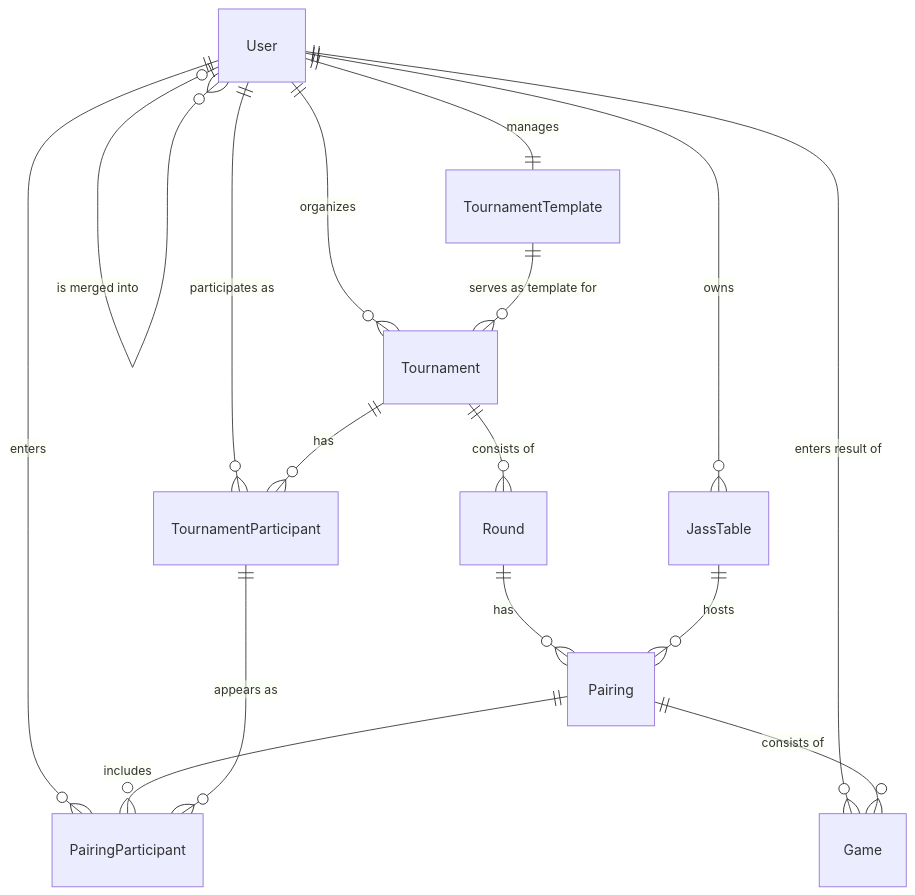
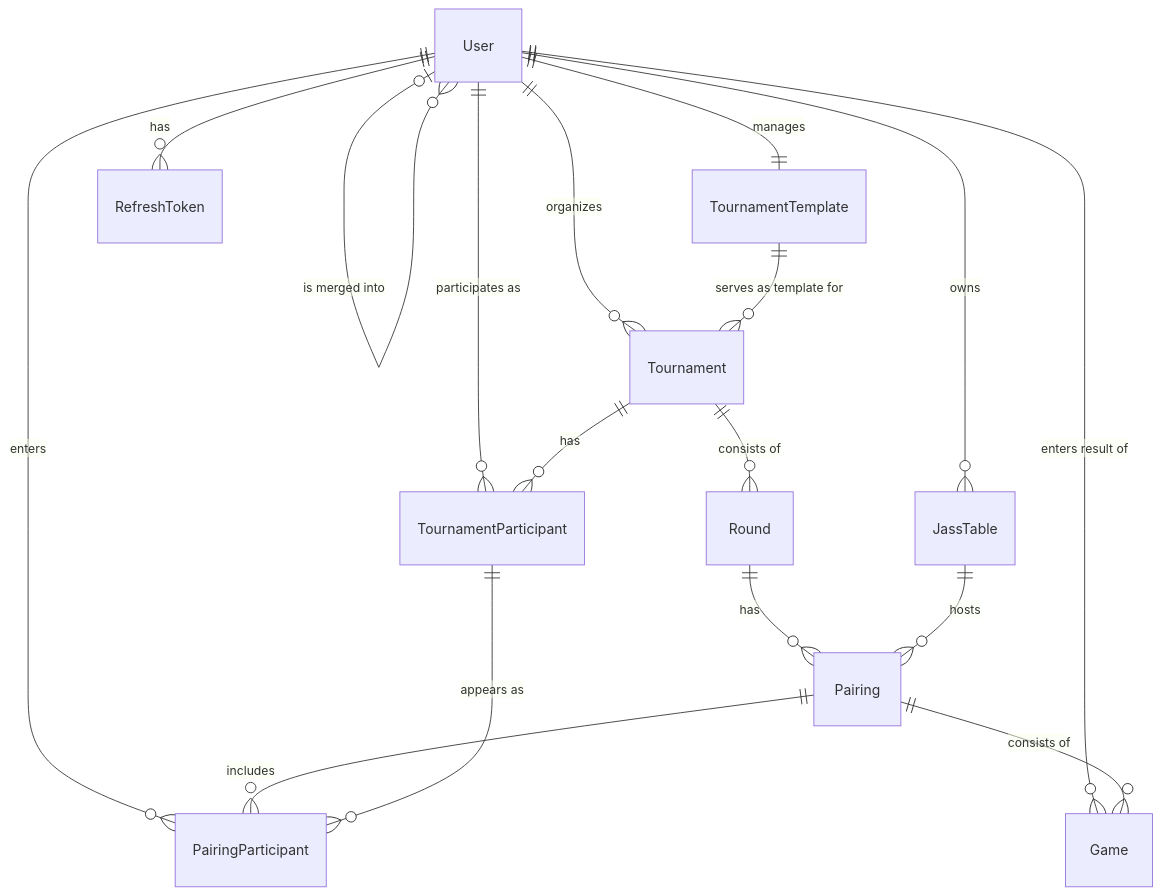
Before and after one commit to manuweber93/jass-tournament-manager: the diagram in docs/database-schema.md, drawn with Mermaid. The commit also changed other lines of this file and 23 other files, not shown here.

First line of the commit message:
feat: Add Refresh Token functionality with migration and tests

````diff
--- a/docs/database-schema.md
+++ b/docs/database-schema.md
@@ -6,25 +6,26 @@
 ```mermaid
 erDiagram
     User ||--o{ Tournament : "organizes"
     User ||--|| TournamentTemplate : "manages"
     User ||--o{ TournamentParticipant : "participates as"
     User ||--o{ JassTable : "owns"
     User o|--o{ User : "is merged into"
     User ||--o{ PairingParticipant : "enters"
     User ||--o{ Game : "enters result of"
+    User ||--o{ RefreshToken : "has"
 
     TournamentTemplate ||--o{ Tournament : "serves as template for"
 
     Tournament ||--o{ TournamentParticipant : "has"
     Tournament ||--o{ Round : "consists of"
 
     Round ||--o{ Pairing : "has"
 
     JassTable ||--o{ Pairing : "hosts"
 
     Pairing ||--o{ PairingParticipant : "includes"
 
     TournamentParticipant ||--o{ PairingParticipant : "appears as"
 
     Pairing ||--o{ Game : "consists of"
 ```
````
